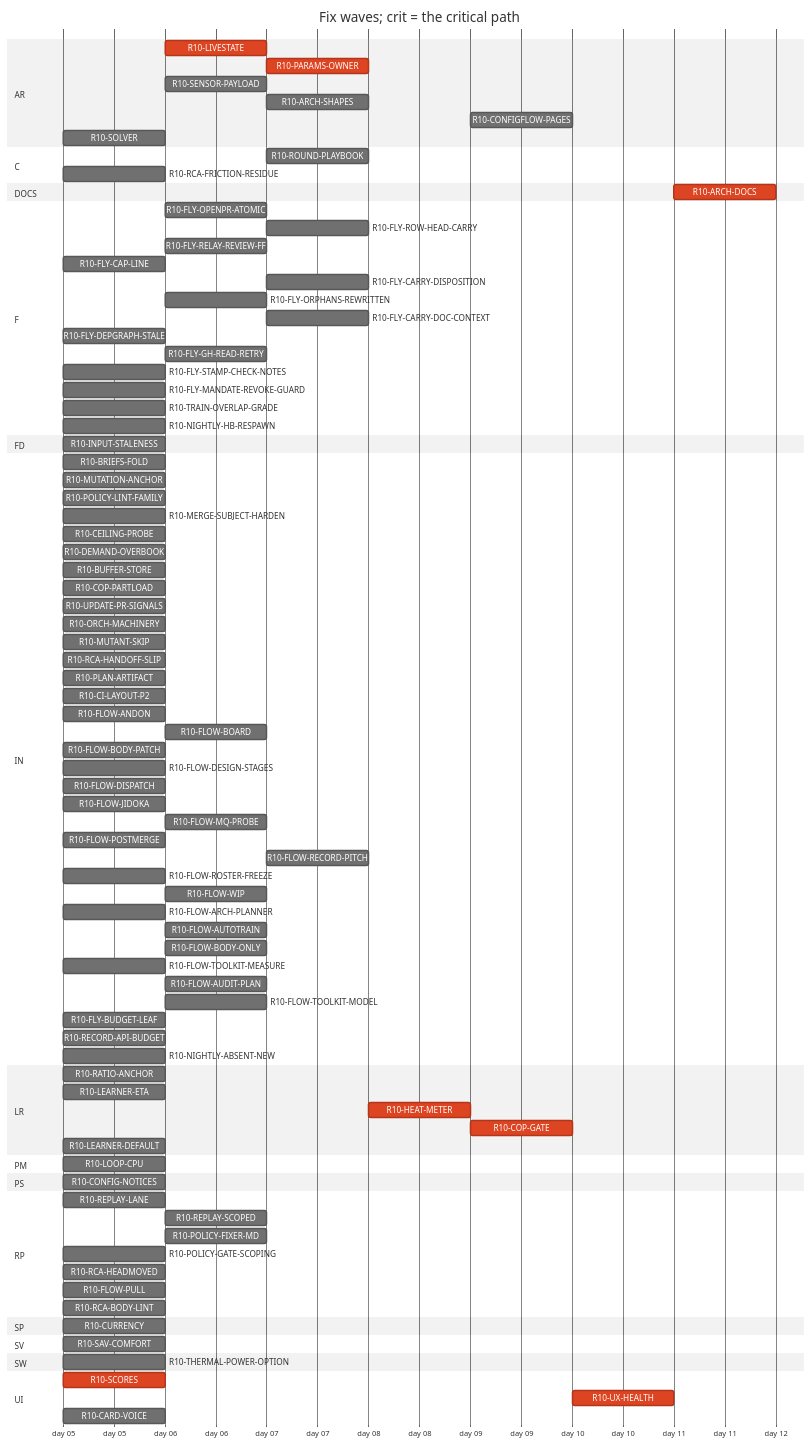
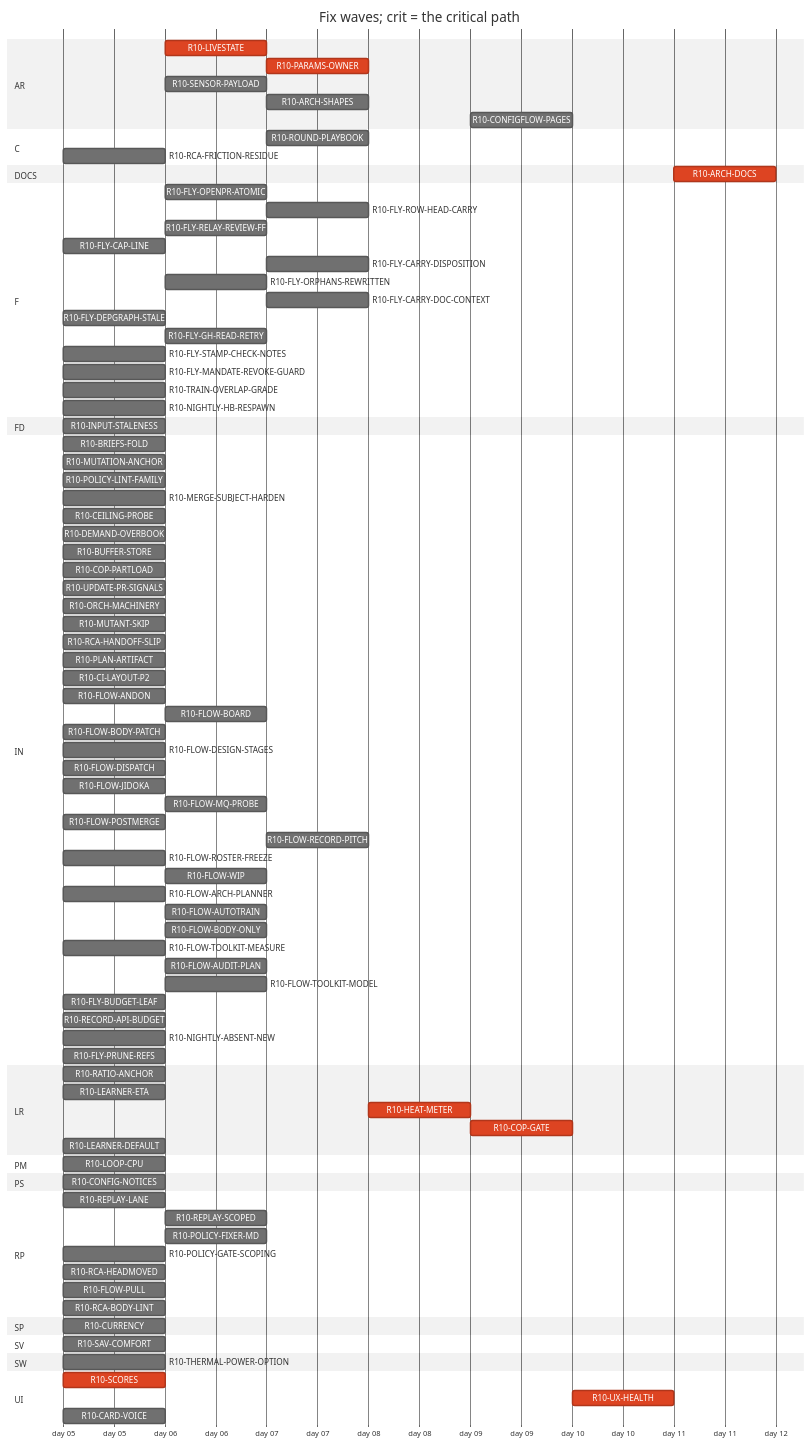
Before and after one commit to tvofi/heatpump_optimizer: the diagram in handoff/round10/state/PLAN-TABLE.md, drawn with Mermaid (neutral theme). The commit also changed other lines of this file and 2 other files, not shown here.

```diff
--- a/handoff/round10/state/PLAN-TABLE.md
+++ b/handoff/round10/state/PLAN-TABLE.md
@@ -35,12 +35,11 @@
     R10-SENSOR-PAYLOAD :r10SENSORPAYLOAD, after r10SCORES, 1d
     R10-ARCH-SHAPES :r10ARCHSHAPES, after r10SENSORPAYLOAD r10LIVESTATE r10INPUTSTALENESS, 1d
     R10-CONFIGFLOW-PAGES :r10CONFIGFLOWPAGES, after r10HEATMETER, 1d
-    R10-SOLVER :r10SOLVER, 2026-01-05, 1d
   section C
     R10-ROUND-PLAYBOOK :r10ROUNDPLAYBOOK, after r10FLOWARCHPLANNER r10FLOWAUDITPLAN r10ORCHMACHINERY r10FLOWAUTOTRAIN r10FLOWDISPATCH r10CILAYOUTP2, 1d
     R10-RCA-FRICTION-RESIDUE :r10RCAFRICTIONRESIDUE, 2026-01-05, 1d
   section DOCS
-    R10-ARCH-DOCS :crit, r10ARCHDOCS, after r10RATIOANCHOR r10INPUTSTALENESS r10CURRENCY r10LOOPCPU r10SCORES r10LIVESTATE r10CONFIGNOTICES r10PARAMSOWNER r10SENSORPAYLOAD r10ARCHSHAPES r10LEARNERETA r10HEATMETER r10COPGATE r10UXHEALTH r10CONFIGFLOWPAGES r10SOLVER r10BRIEFSFOLD r10REPLAYLANE r10REPLAYSCOPED, 1d
+    R10-ARCH-DOCS :crit, r10ARCHDOCS, after r10RATIOANCHOR r10INPUTSTALENESS r10CURRENCY r10LOOPCPU r10SCORES r10LIVESTATE r10CONFIGNOTICES r10PARAMSOWNER r10SENSORPAYLOAD r10ARCHSHAPES r10LEARNERETA r10HEATMETER r10COPGATE r10UXHEALTH r10CONFIGFLOWPAGES r10BRIEFSFOLD r10REPLAYLANE r10REPLAYSCOPED, 1d
   section F
     R10-FLY-OPENPR-ATOMIC :r10FLYOPENPRATOMIC, after r10UPDATEPRSIGNALS, 1d
     R10-FLY-ROW-HEAD-CARRY :r10FLYROWHEADCARRY, after r10CILAYOUTP2 r10FLYOPENPRATOMIC, 1d
@@ -92,6 +91,7 @@
     R10-FLY-BUDGET-LEAF :r10FLYBUDGETLEAF, 2026-01-05, 1d
     R10-RECORD-API-BUDGET :r10RECORDAPIBUDGET, 2026-01-05, 1d
     R10-NIGHTLY-ABSENT-NEW :r10NIGHTLYABSENTNEW, 2026-01-05, 1d
+    R10-FLY-PRUNE-REFS :r10FLYPRUNEREFS, 2026-01-05, 1d
   section LR
     R10-RATIO-ANCHOR :r10RATIOANCHOR, 2026-01-05, 1d
     R10-LEARNER-ETA :r10LEARNERETA, 2026-01-05, 1d
```
